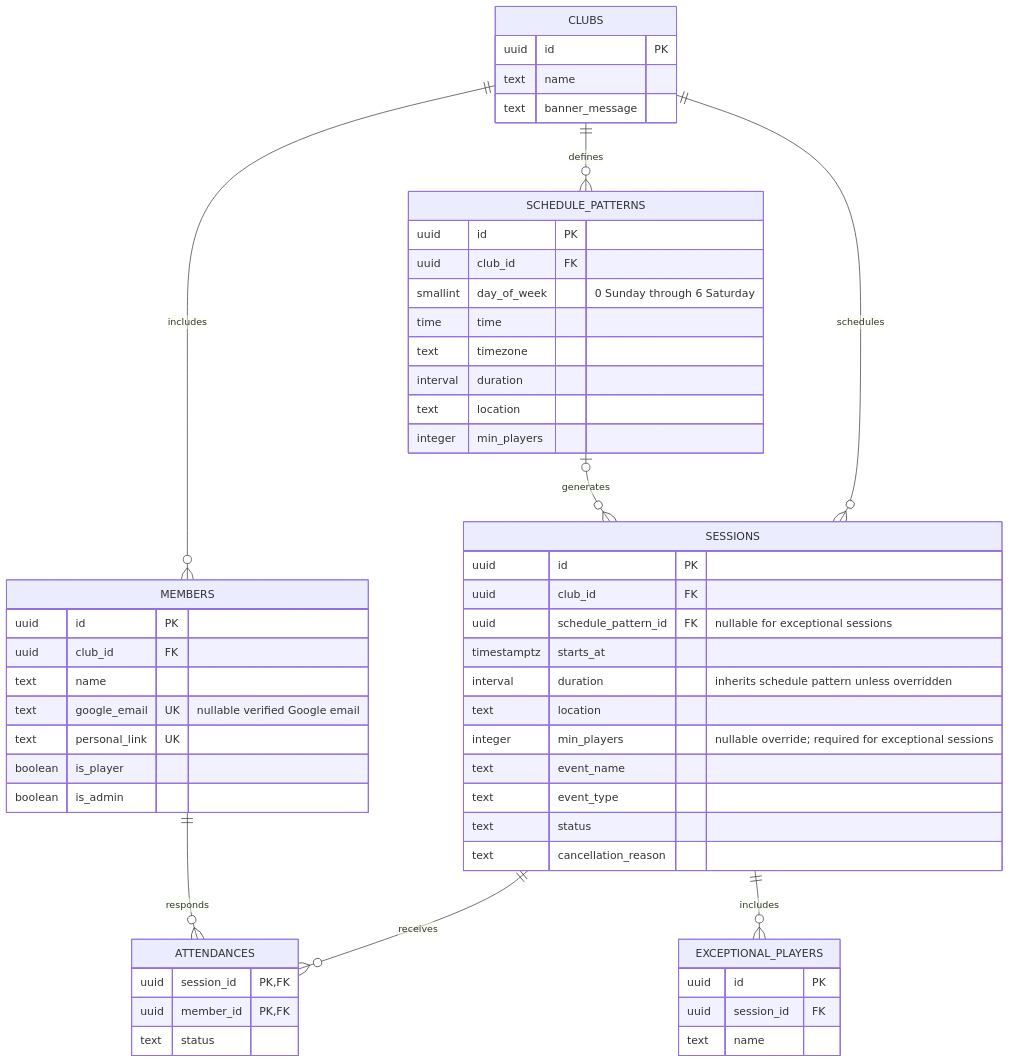
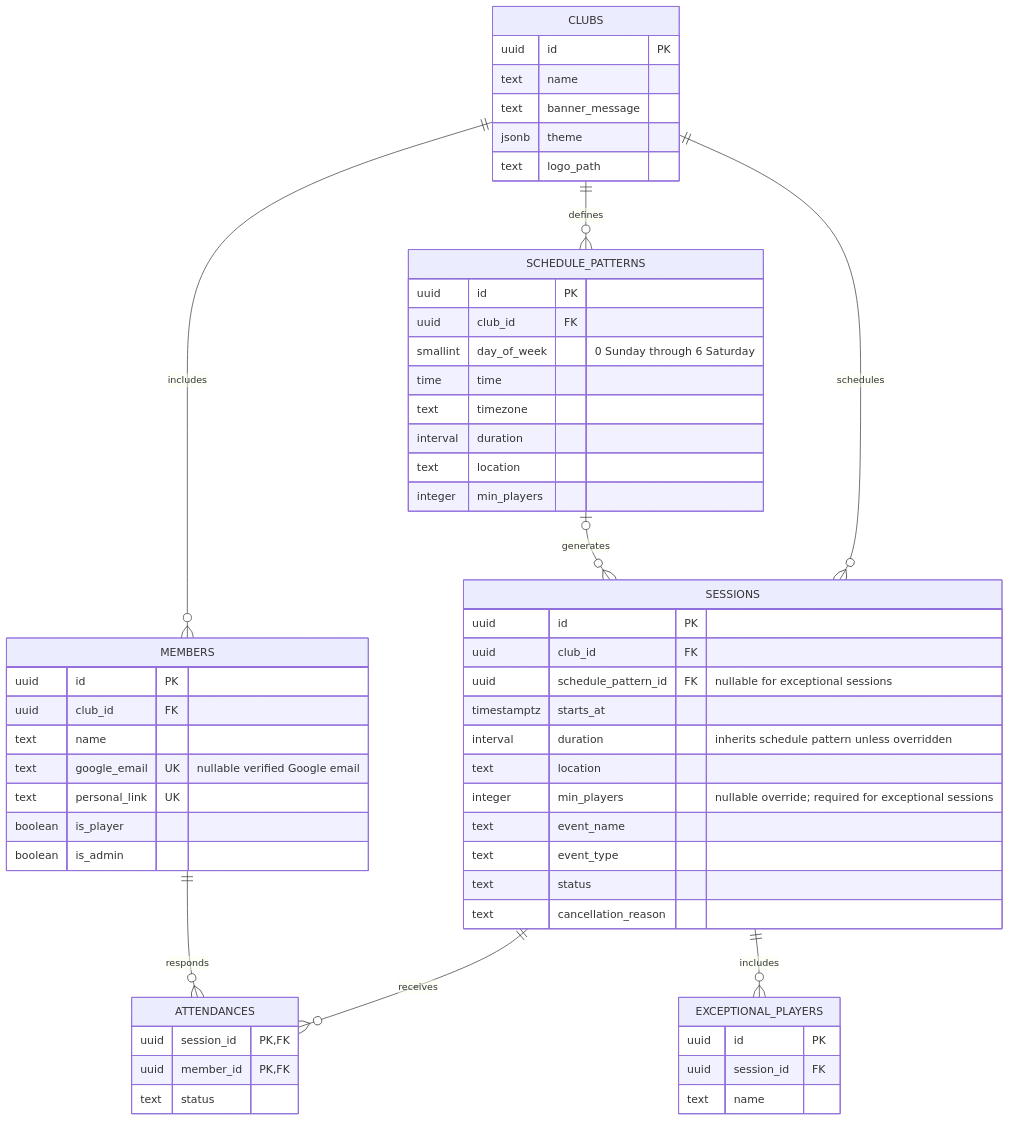
One commit to mikebarais/playcount changed the diagram in documentation/PlayCount_Functional_Requirements_Final.md. Above: the diagram before and after it, drawn with Mermaid. The commit also changed other lines of this file and 5 other files, not shown here.

Commit message:
Add database-driven club color theme and logo

````diff
--- a/documentation/PlayCount_Functional_Requirements_Final.md
+++ b/documentation/PlayCount_Functional_Requirements_Final.md
@@ -173,63 +175,65 @@
 ```mermaid
 erDiagram
 	CLUBS {
 		uuid id PK
 		text name
 		text banner_message
+		jsonb theme
+		text logo_path
 	}
 
 	MEMBERS {
 		uuid id PK
 		uuid club_id FK
 		text name
 		text google_email UK "nullable verified Google email"
 		text personal_link UK
 		boolean is_player
 		boolean is_admin
 	}
 
 	SCHEDULE_PATTERNS {
 		uuid id PK
 		uuid club_id FK
 		smallint day_of_week "0 Sunday through 6 Saturday"
 		time time
 		text timezone
 		interval duration
 		text location
 		integer min_players
 	}
 
 	SESSIONS {
 		uuid id PK
 		uuid club_id FK
 		uuid schedule_pattern_id FK "nullable for exceptional sessions"
 		timestamptz starts_at
 		interval duration "inherits schedule pattern unless overridden"
 		text location
 		integer min_players "nullable override; required for exceptional sessions"
 		text event_name
 		text event_type
 		text status
 		text cancellation_reason
 	}
 
 	ATTENDANCES {
 		uuid session_id PK, FK
 		uuid member_id PK, FK
 		text status
 	}
 
 	EXCEPTIONAL_PLAYERS {
 		uuid id PK
 		uuid session_id FK
 		text name
 	}
 
 	CLUBS ||--o{ MEMBERS : includes
 	CLUBS ||--o{ SCHEDULE_PATTERNS : defines
 	SCHEDULE_PATTERNS o|--o{ SESSIONS : generates
 	CLUBS ||--o{ SESSIONS : schedules
 	SESSIONS ||--o{ ATTENDANCES : receives
 	MEMBERS ||--o{ ATTENDANCES : responds
 	SESSIONS ||--o{ EXCEPTIONAL_PLAYERS : includes
 ```
````
